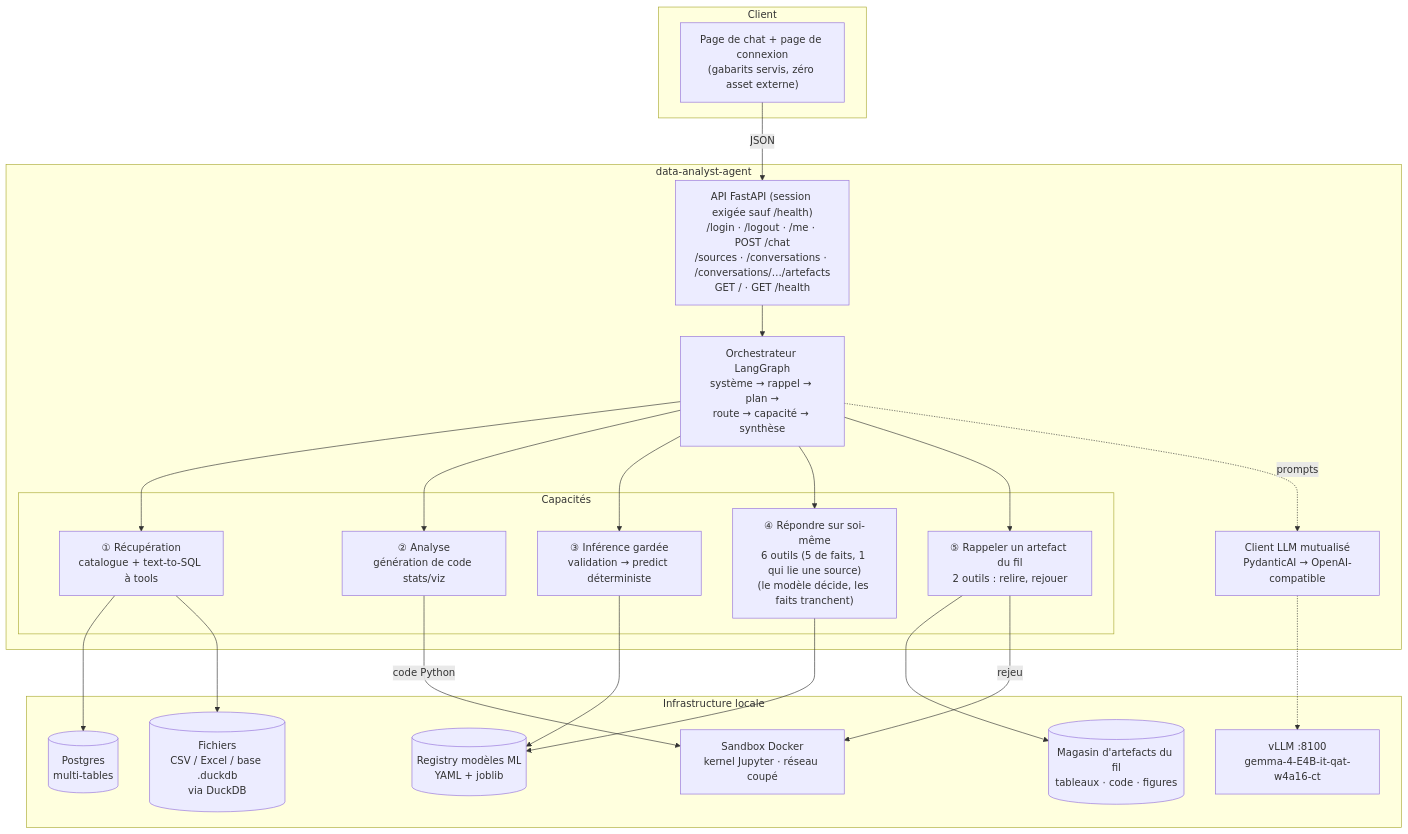
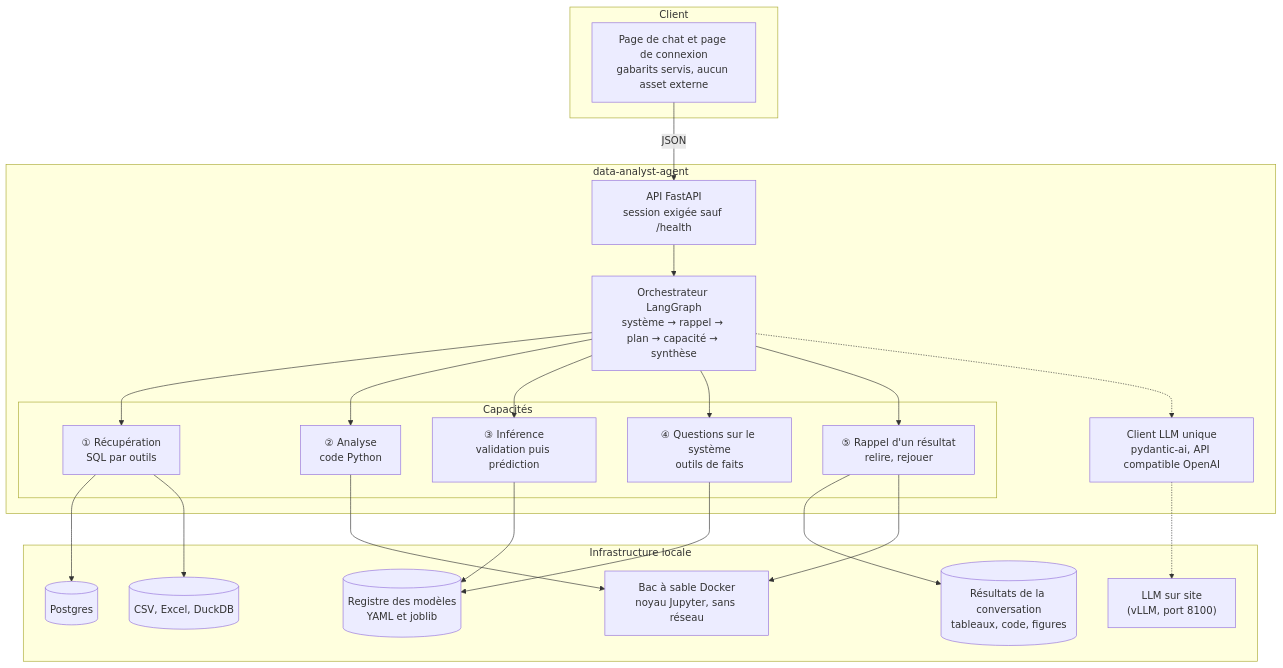
Before and after one commit to floSa/data-analyst-agent: the first of 2 diagrams in docs/ARCHITECTURE.md, drawn with Mermaid. The commit also changed other lines of this file and 8 other files, not shown here.

First line of the commit message:
docs: une forme commune pour les huit documents de référence

````diff
--- a/docs/ARCHITECTURE.md
+++ b/docs/ARCHITECTURE.md
@@ -40,39 +32,39 @@
 ```mermaid
 flowchart TB
     subgraph client["Client"]
-        UI["Page de chat + page de connexion<br/>(gabarits servis, zéro asset externe)"]
+        UI["Page de chat et page de connexion<br/>gabarits servis, aucun asset externe"]
     end
 
     subgraph app["data-analyst-agent"]
-        API["API FastAPI (session exigée sauf /health)<br/>/login · /logout · /me · POST /chat<br/>/sources · /conversations · /conversations/…/artefacts<br/>GET / · GET /health"]
-        ORCH["Orchestrateur LangGraph<br/>système → rappel → plan →<br/>route → capacité → synthèse"]
-        LLM["Client LLM mutualisé<br/>PydanticAI → OpenAI-compatible"]
+        API["API FastAPI<br/>session exigée sauf /health"]
+        ORCH["Orchestrateur LangGraph<br/>système → rappel → plan → capacité → synthèse"]
+        LLM["Client LLM unique<br/>pydantic-ai, API compatible OpenAI"]
 
         subgraph caps["Capacités"]
-            RET["① Récupération<br/>catalogue + text-to-SQL à tools"]
-            ANA["② Analyse<br/>génération de code stats/viz"]
-            INF["③ Inférence gardée<br/>validation → predict déterministe"]
-            SYS["④ Répondre sur soi-même<br/>6 outils (5 de faits, 1 qui lie une source)<br/>(le modèle décide, les faits tranchent)"]
-            RAP["⑤ Rappeler un artefact du fil<br/>2 outils : relire, rejouer"]
+            RET["① Récupération<br/>SQL par outils"]
+            ANA["② Analyse<br/>code Python"]
+            INF["③ Inférence<br/>validation puis prédiction"]
+            SYS["④ Questions sur le système<br/>outils de faits"]
+            RAP["⑤ Rappel d'un résultat<br/>relire, rejouer"]
         end
     end
 
     subgraph infra["Infrastructure locale"]
-        MOTEUR["vLLM :8100<br/>gemma-4-E4B-it-qat-w4a16-ct"]
-        SBX["Sandbox Docker<br/>kernel Jupyter · réseau coupé"]
-        PG[("Postgres<br/>multi-tables")]
-        FILES[("Fichiers<br/>CSV / Excel / base .duckdb<br/>via DuckDB")]
-        REG[("Registry modèles ML<br/>YAML + joblib")]
-        WS[("Magasin d'artefacts du fil<br/>tableaux · code · figures")]
+        MOTEUR["LLM sur site<br/>(vLLM, port 8100)"]
+        SBX["Bac à sable Docker<br/>noyau Jupyter, sans réseau"]
+        PG[("Postgres")]
+        FILES[("CSV, Excel, DuckDB")]
+        REG[("Registre des modèles<br/>YAML et joblib")]
+        WS[("Résultats de la conversation<br/>tableaux, code, figures")]
     end
 
     UI -->|JSON| API --> ORCH
     ORCH --> RET & ANA & INF & SYS & RAP
-    ORCH -.->|prompts| LLM -.-> MOTEUR
+    ORCH -.-> LLM -.-> MOTEUR
     RET --> PG & FILES
-    ANA -->|code Python| SBX
+    ANA --> SBX
     INF --> REG
     SYS --> REG
     RAP --> WS
-    RAP -->|rejeu| SBX
+    RAP --> SBX
 ```
````
